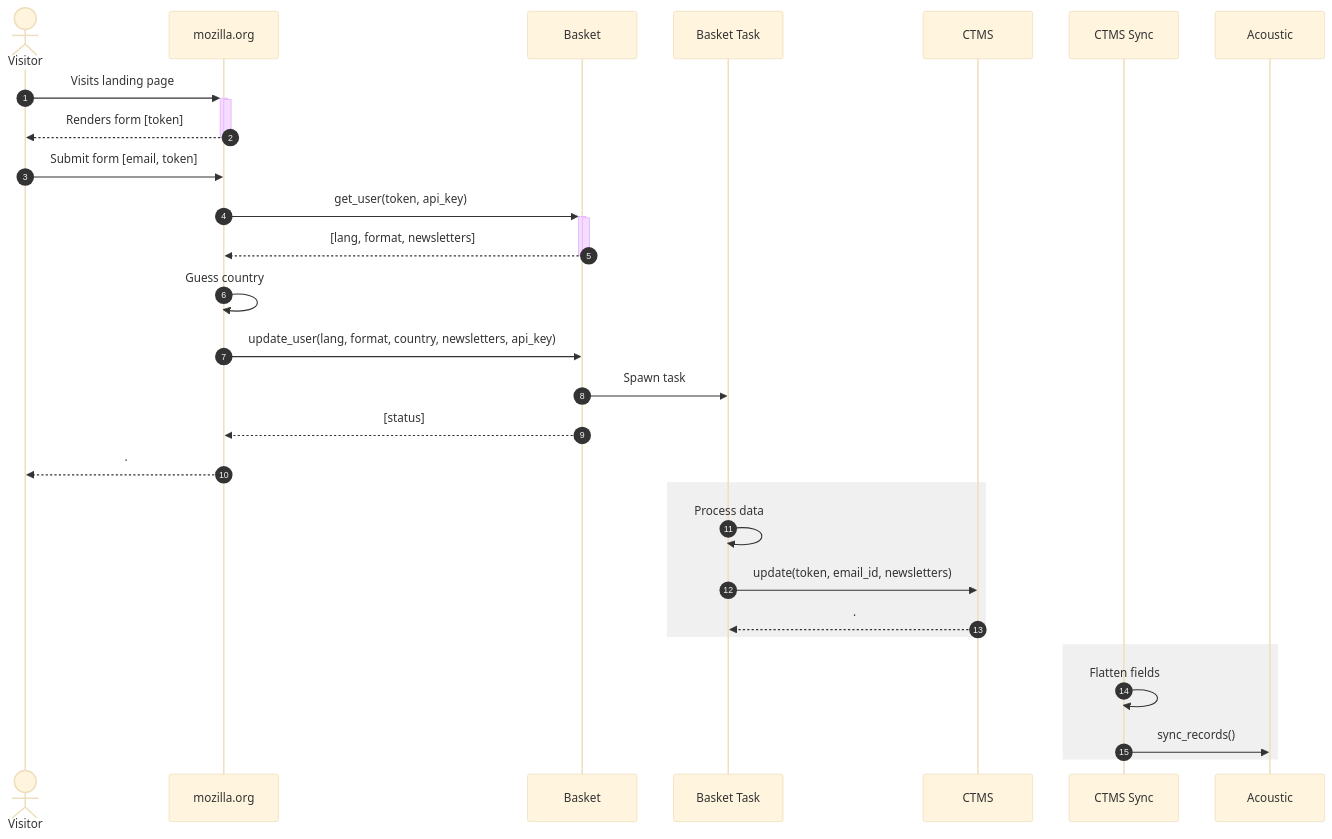
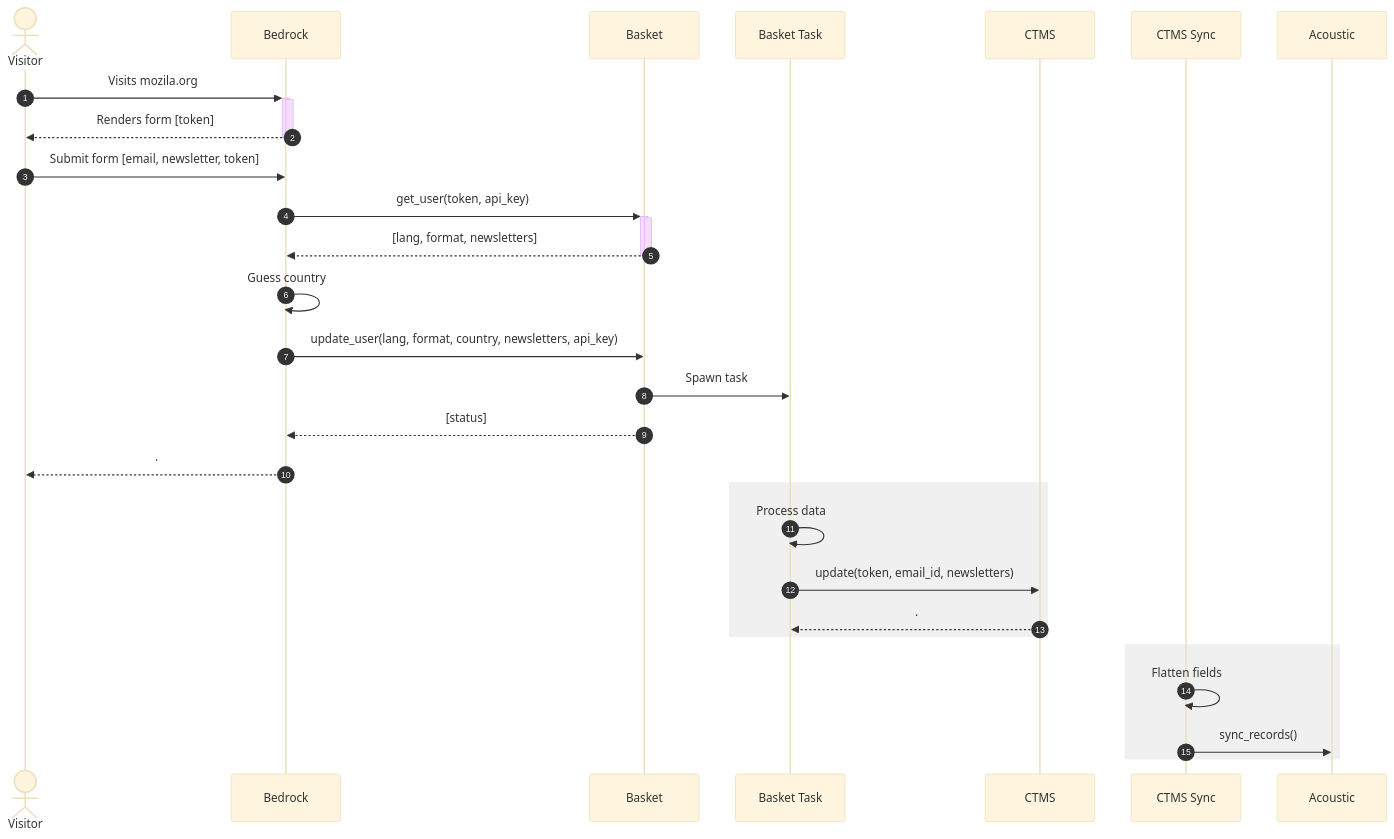
One commit to mozilla-it/ctms-api changed the diagram in docs/diagrams/bedrock_basket_ctms_acoustic.md. Above: the diagram before and after it, drawn with Mermaid (base theme).

Commit message:
Replace mozilla.org by Bedrock

````diff
--- a/docs/diagrams/bedrock_basket_ctms_acoustic.md
+++ b/docs/diagrams/bedrock_basket_ctms_acoustic.md
@@ -5,48 +5,48 @@
 ```mermaid
 sequenceDiagram
     autonumber
     actor Visitor
-    Visitor->>+mozilla.org: Visits landing page
-    activate mozilla.org
-    mozilla.org-->>-Visitor: Renders form [token]
-    deactivate mozilla.org
+    Visitor->>+Bedrock: Visits mozila.org
+    activate Bedrock
+    Bedrock-->>-Visitor: Renders form [token]
+    deactivate Bedrock
 
-    Visitor->>mozilla.org: Submit form [email, token]
+    Visitor->>Bedrock: Submit form [email, newsletter, token]
 
-    mozilla.org->>+Basket: get_user(token, api_key)
+    Bedrock->>+Basket: get_user(token, api_key)
     activate Basket
-    Basket-->>-mozilla.org: [lang, format, newsletters]
+    Basket-->>-Bedrock: [lang, format, newsletters]
     deactivate Basket
 
-    mozilla.org->>mozilla.org: Guess country
+    Bedrock->>Bedrock: Guess country
     %% https://github.com/mozilla/bedrock/pull/10608
 
-    mozilla.org->>Basket: update_user(lang, format, country, newsletters, api_key)
+    Bedrock->>Basket: update_user(lang, format, country, newsletters, api_key)
     %% https://github.com/mozilla/bedrock/blob/857129a9089bc2927e797a776880ab3b9f6d9f9a/bedrock/newsletter/views.py#L433
 
     Basket->>Basket Task: Spawn task
     %% https://github.com/mozmeao/basket/blob/77f98bb63c70cecbb3ec8d69b512df67abce8c63/basket/news/views.py#L681
 
-    Basket-->>mozilla.org: [status]
-    mozilla.org-->>Visitor: .
+    Basket-->>Bedrock: [status]
+    Bedrock-->>Visitor: .
 
     rect rgb(240,240,240)
     Basket Task->>Basket Task: Process data
     %% https://github.com/mozmeao/basket/blob/77f98bb63c70cecbb3ec8d69b512df67abce8c63/basket/news/backends/ctms.py#L199
 
     Basket Task->>CTMS: update(token, email_id, newsletters)
     %% https://github.com/mozmeao/basket/blob/77f98bb63c70cecbb3ec8d69b512df67abce8c63/basket/news/tasks.py#L654
 
     %% https://github.com/mozilla-it/ctms-api/blob/6f903aeb90b65c170f34485e1cc4b3755839daaf/ctms/crud.py#L563
 
     CTMS-->>Basket Task: .
     end
 
     rect rgb(240,240,240)
     CTMS Sync->>CTMS Sync: Flatten fields
     %% https://github.com/mozilla-it/ctms-api/blob/cde9694e2992c2c9d8315ba9c6954c50a6facf37/ctms/acoustic_service.py#L62
 
     CTMS Sync->>Acoustic: sync_records()
     %% https://github.com/mozilla-it/ctms-api/blob/cde9694e2992c2c9d8315ba9c6954c50a6facf37/ctms/bin/acoustic_sync.py
     end
 ```
````
